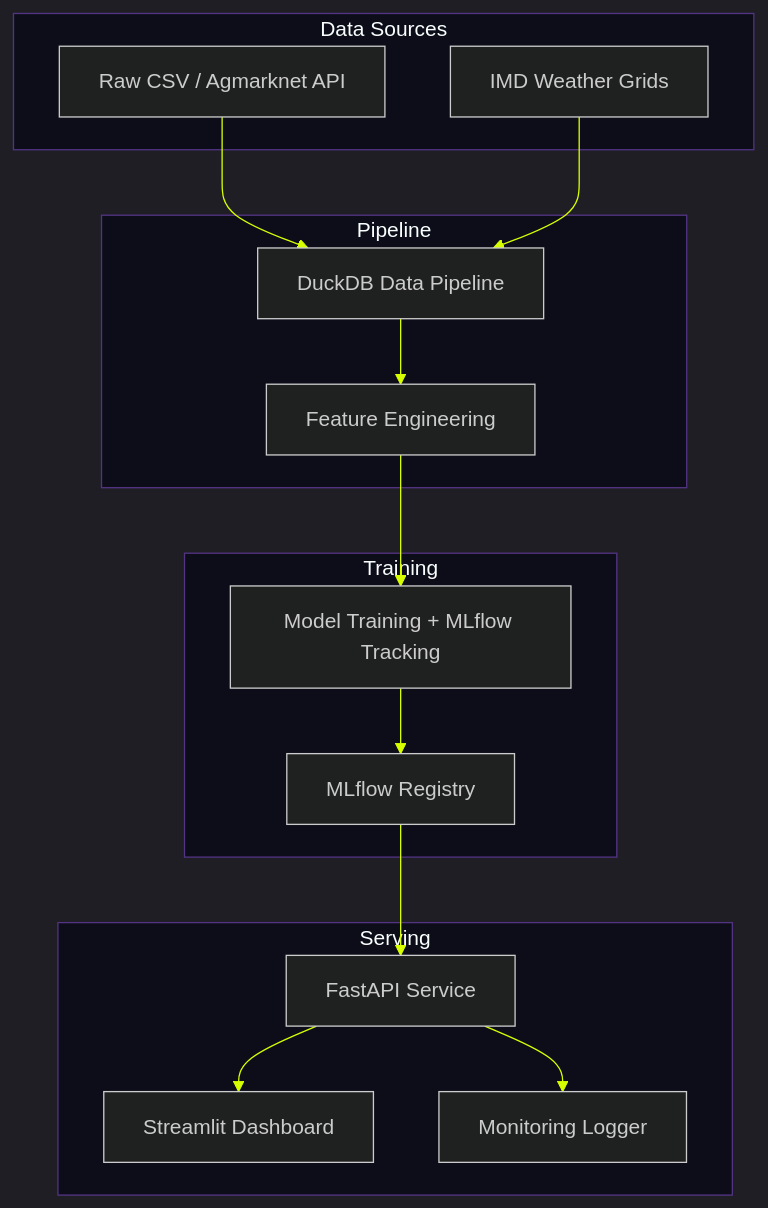
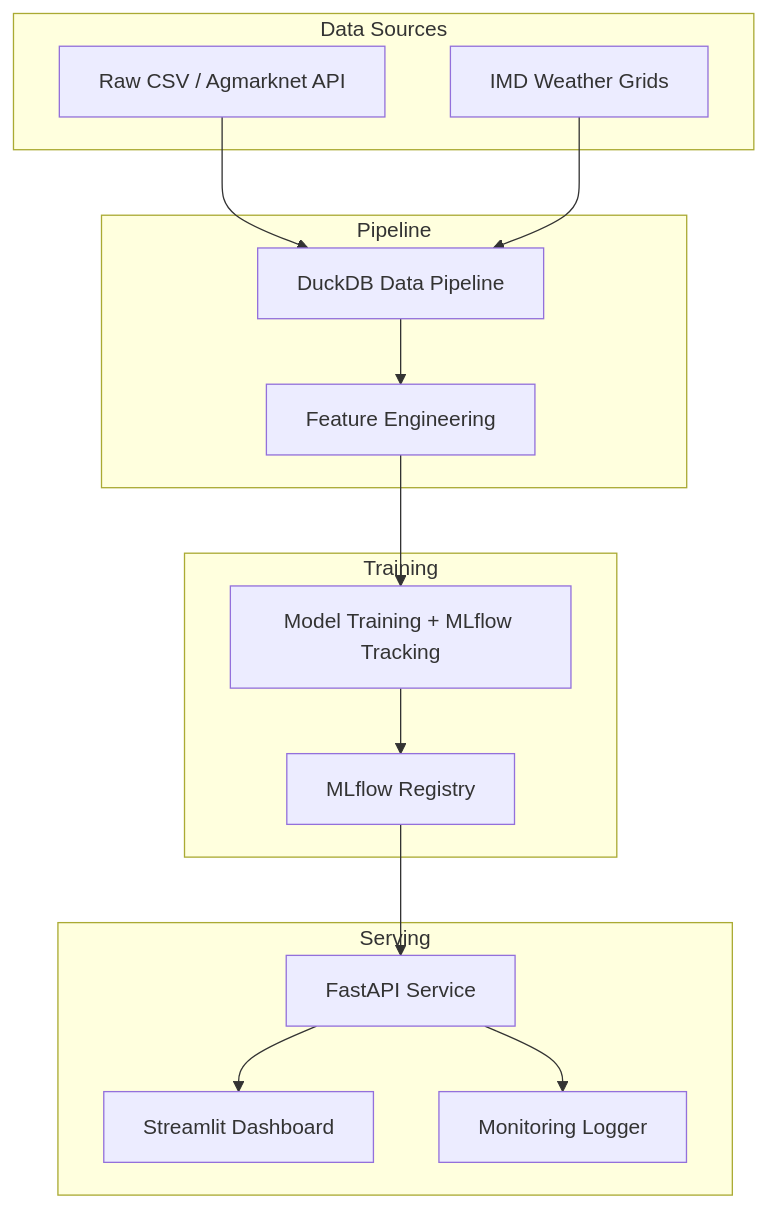
The diagram in docs/system_design.md (flawsom/test-mandi), drawn with Mermaid before and after one commit. The commit also changed other lines of this file and 13 other files, not shown here.

First line of the commit message:
docs: pre-render all remaining mermaid diagrams to Alche-themed SVGs

````diff
--- a/docs/system_design.md
+++ b/docs/system_design.md
@@ -23,29 +36,28 @@
 ```mermaid
-%%{init: {"theme": "dark", "themeVariables": { "primaryColor": "#1a1a2e", "primaryTextColor": "#fff", "lineColor": "#d7ff00", "secondaryColor": "#16213e", "tertiaryColor": "#0f3460", "clusterBkg": "#0d0d1a", "clusterBorder": "#533483"}}}%%
 graph TD
     subgraph Data[Data Sources]
         A1[Raw CSV / Agmarknet API]
         A2[IMD Weather Grids]
     end
     subgraph Pipe[Pipeline]
         B1[DuckDB Data Pipeline]
         B2[Feature Engineering]
     end
     subgraph Train[Training]
         C1[Model Training + MLflow Tracking]
         C2[MLflow Registry]
     end
     subgraph Serve[Serving]
         D1[FastAPI Service]
         D2[Streamlit Dashboard]
         D3[Monitoring Logger]
     end
     A1 --> B1
     A2 --> B1
     B1 --> B2
     B2 --> C1
     C1 --> C2
     C2 --> D1
     D1 --> D2
     D1 --> D3
 ```
````
